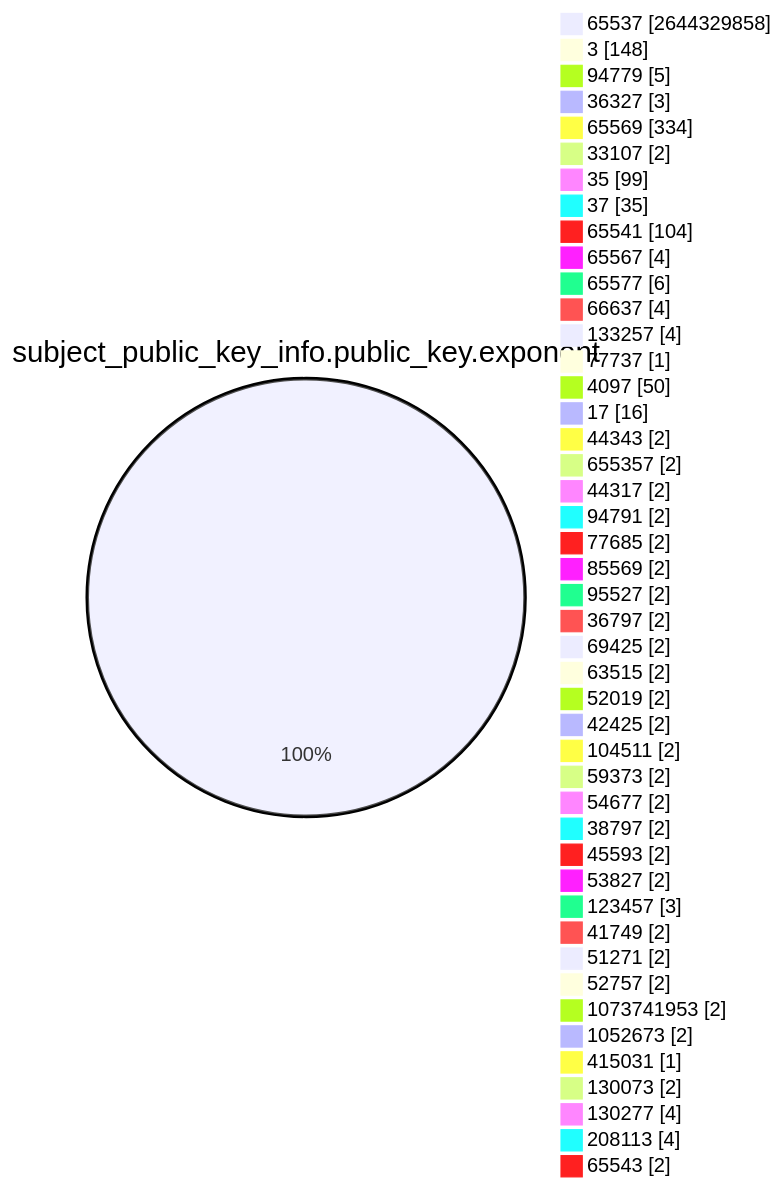
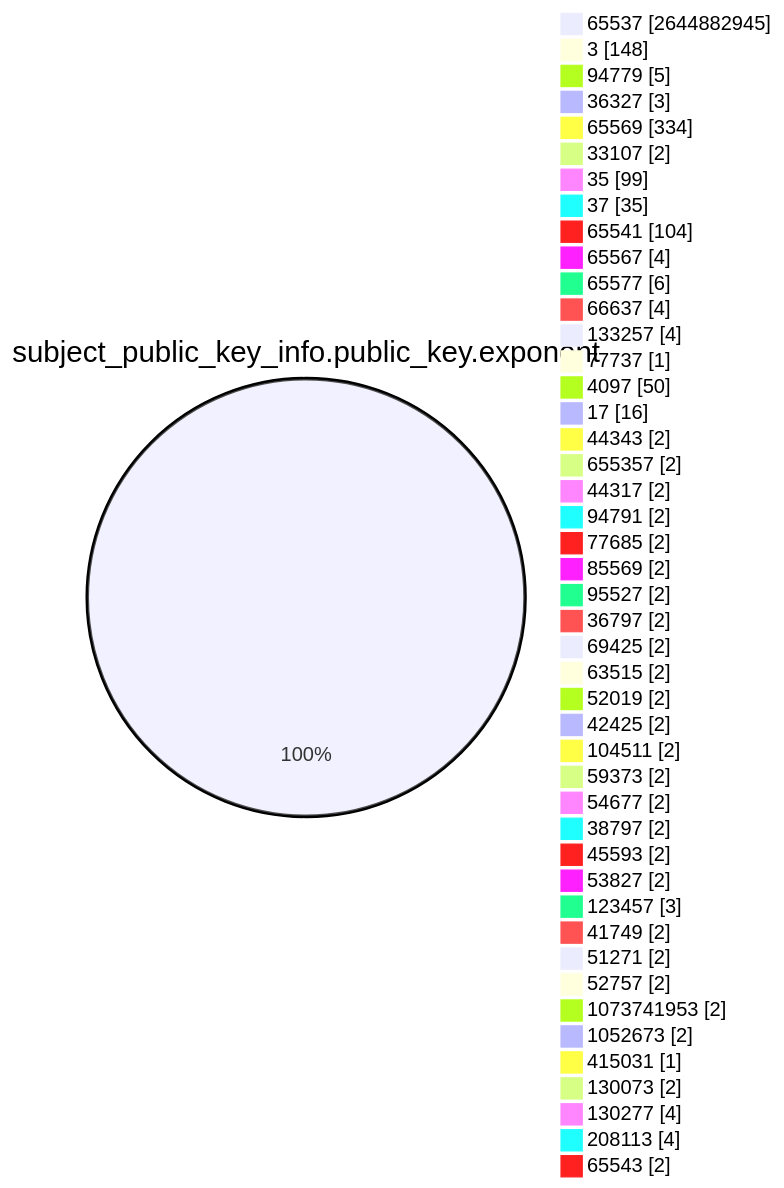
The fourth of 15 diagrams in TOTAL/README.md (christiankrug/ctmonitor_visualization), drawn with Mermaid before and after one commit. The commit also changed other lines of this file, not shown here.

````diff
--- a/TOTAL/README.md
+++ b/TOTAL/README.md
@@ -1466,49 +1466,49 @@
 ```mermaid
 pie showData
 title subject_public_key_info.public_key.exponent
-"65537" :2644329858
+"65537" :2644882945
 "3" :148
 "94779" :5
 "36327" :3
 "65569" :334
 "33107" :2
 "35" :99
 "37" :35
 "65541" :104
 "65567" :4
 "65577" :6
 "66637" :4
 "133257" :4
 "77737" :1
 "4097" :50
 "17" :16
 "44343" :2
 "655357" :2
 "44317" :2
 "94791" :2
 "77685" :2
 "85569" :2
 "95527" :2
 "36797" :2
 "69425" :2
 "63515" :2
 "52019" :2
 "42425" :2
 "104511" :2
 "59373" :2
 "54677" :2
 "38797" :2
 "45593" :2
 "53827" :2
 "123457" :3
 "41749" :2
 "51271" :2
 "52757" :2
 "1073741953" :2
 "1052673" :2
 "415031" :1
 "130073" :2
 "130277" :4
 "208113" :4
 "65543" :2
 ```
````
